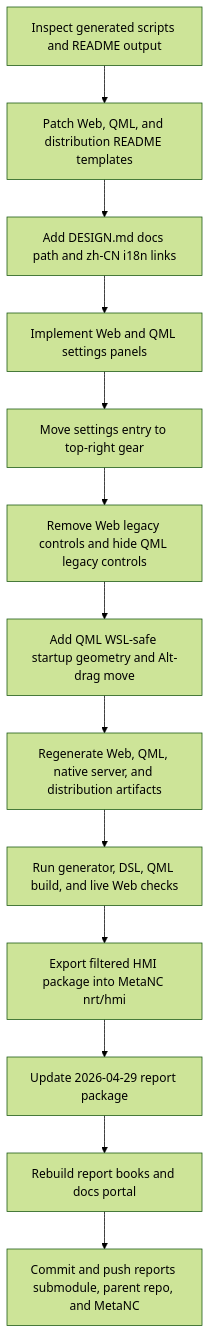
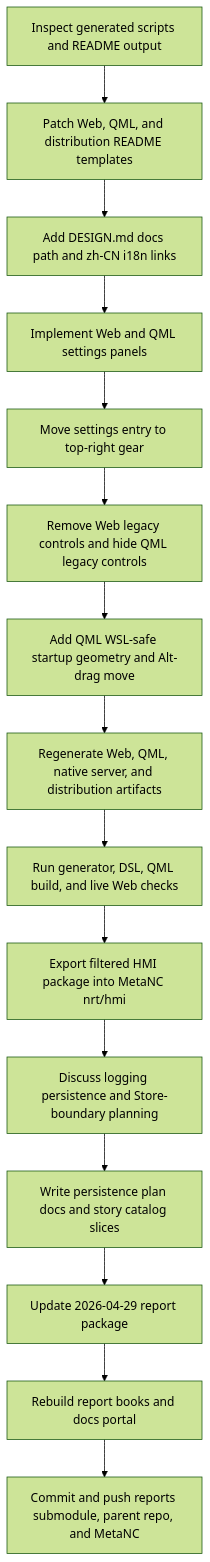
One commit to luppiterw/metanc_hmi_dsl_reports changed the diagram in 2026-04-29-codex-session/workflow-diagram.md. Above: the diagram before and after it, drawn with Mermaid (forest theme). The commit also changed 31 other files, not shown here.

Commit message:
docs: refresh 2026-04-30 persistence report

````diff
--- a/2026-04-29-codex-session/workflow-diagram.md
+++ b/2026-04-29-codex-session/workflow-diagram.md
@@ -3,15 +3,17 @@
 ```mermaid
 flowchart TD
     A[Inspect generated scripts and README output] --> B[Patch Web, QML, and distribution README templates]
     B --> C[Add DESIGN.md docs path and zh-CN i18n links]
     C --> D[Implement Web and QML settings panels]
     D --> E[Move settings entry to top-right gear]
     E --> F[Remove Web legacy controls and hide QML legacy controls]
     F --> G[Add QML WSL-safe startup geometry and Alt-drag move]
     G --> H[Regenerate Web, QML, native server, and distribution artifacts]
     H --> I[Run generator, DSL, QML build, and live Web checks]
     I --> J[Export filtered HMI package into MetaNC nrt/hmi]
-    J --> K[Update 2026-04-29 report package]
-    K --> L[Rebuild report books and docs portal]
-    L --> M[Commit and push reports submodule, parent repo, and MetaNC]
+    J --> K[Discuss logging persistence and Store-boundary planning]
+    K --> L[Write persistence plan docs and story catalog slices]
+    L --> M[Update 2026-04-29 report package]
+    M --> N[Rebuild report books and docs portal]
+    N --> O[Commit and push reports submodule, parent repo, and MetaNC]
 ```
````
